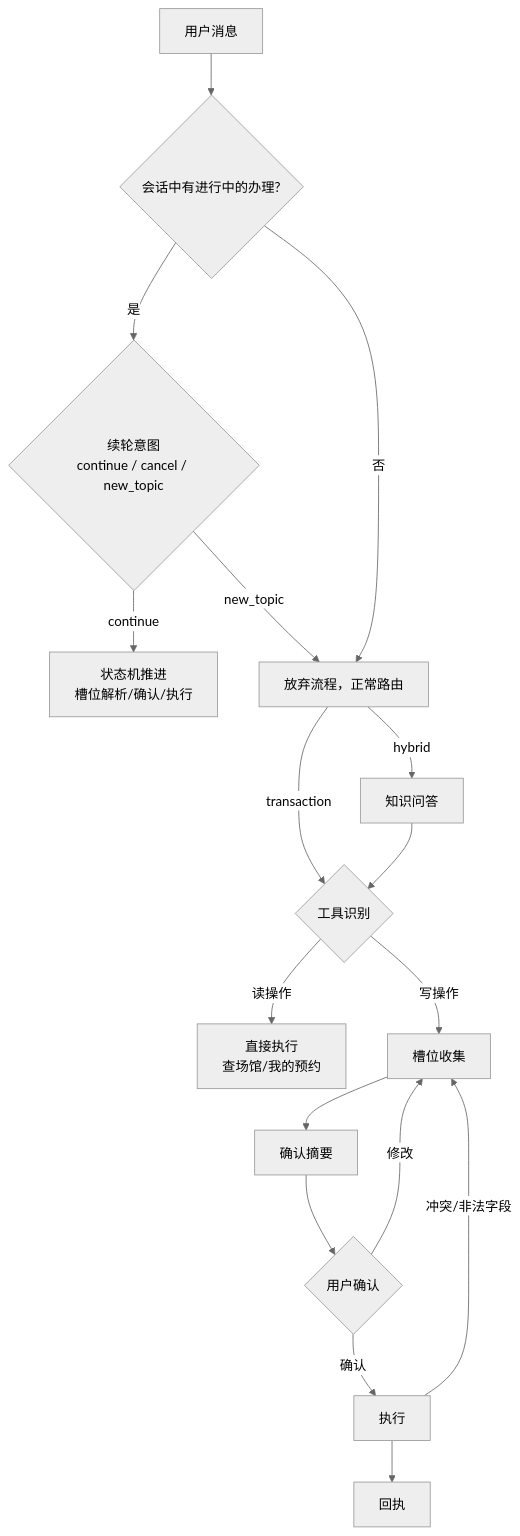
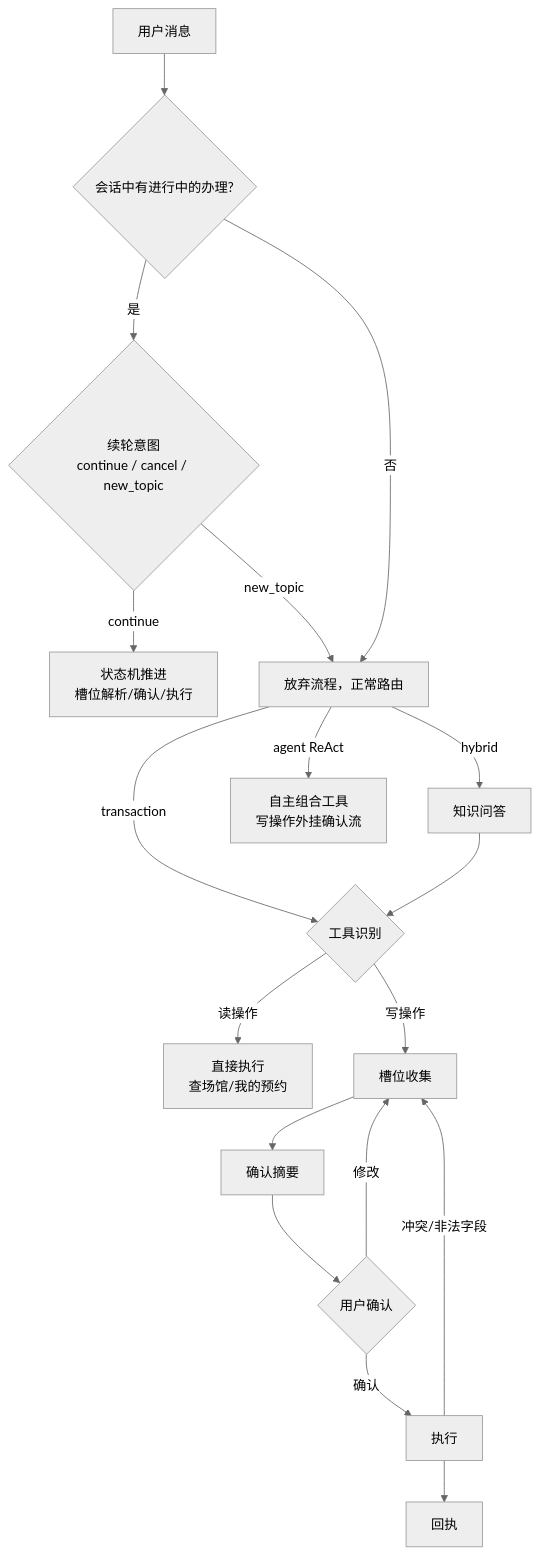
One commit to Thekshy/gewu changed the second of 2 diagrams in docs/architecture.md. Above: the diagram before and after it, drawn with Mermaid (neutral theme). The commit also changed other lines of this file and 20 other files, not shown here.

````diff
--- a/docs/architecture.md
+++ b/docs/architecture.md
@@ -85,15 +167,16 @@
 ```mermaid
 flowchart TB
     U[用户消息] --> S{会话中有进行中的办理?}
     S -->|是| INT{续轮意图<br/>continue / cancel / new_topic}
     INT -->|continue| ADV[状态机推进<br/>槽位解析/确认/执行]
     INT -->|new_topic| R[放弃流程，正常路由]
     S -->|否| R
     R -->|transaction| T{工具识别}
     R -->|hybrid| K[知识问答] --> T
+    R -->|agent ReAct| A[自主组合工具<br/>写操作外挂确认流]
     T -->|读操作| RD[直接执行<br/>查场馆/我的预约]
     T -->|写操作| C1[槽位收集] --> C2[确认摘要] --> C3{用户确认}
-    C3 -->|确认| EX[执行] --> OK[回执] 
+    C3 -->|确认| EX[执行] --> OK[回执]
     EX -->|冲突/非法字段| C1
     C3 -->|修改| C1
 ```
````
